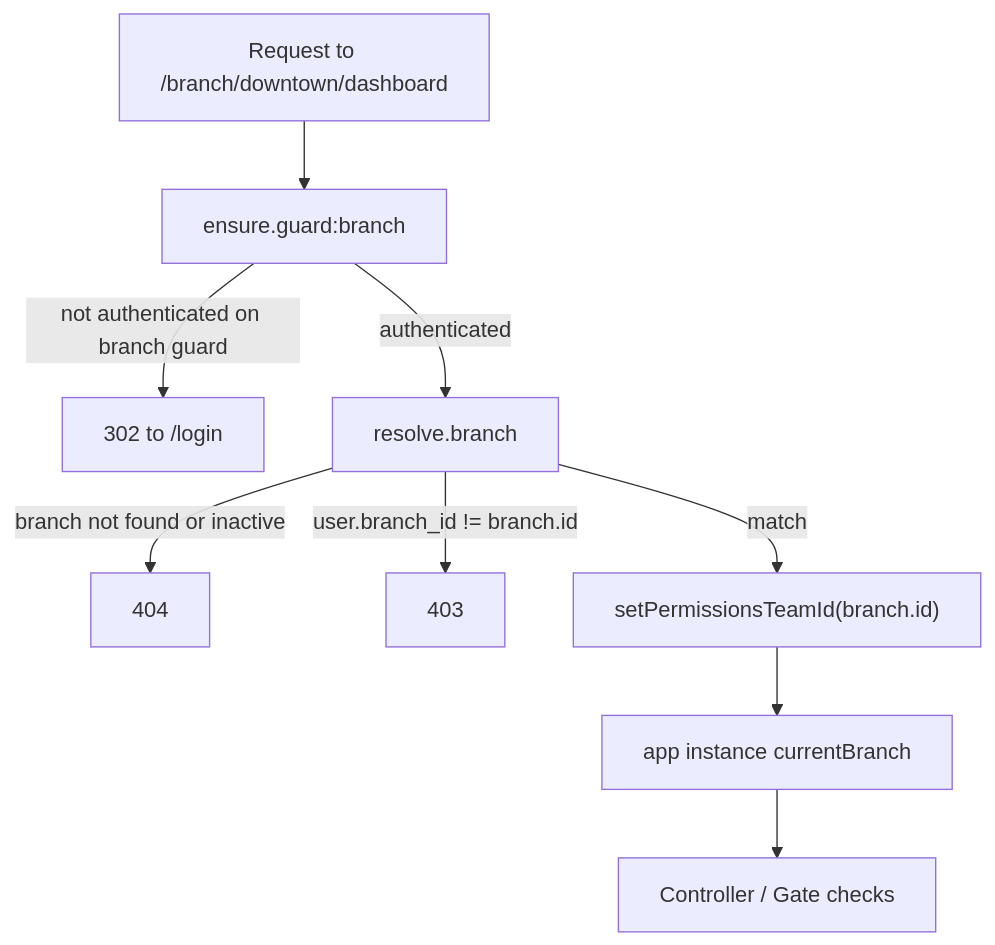
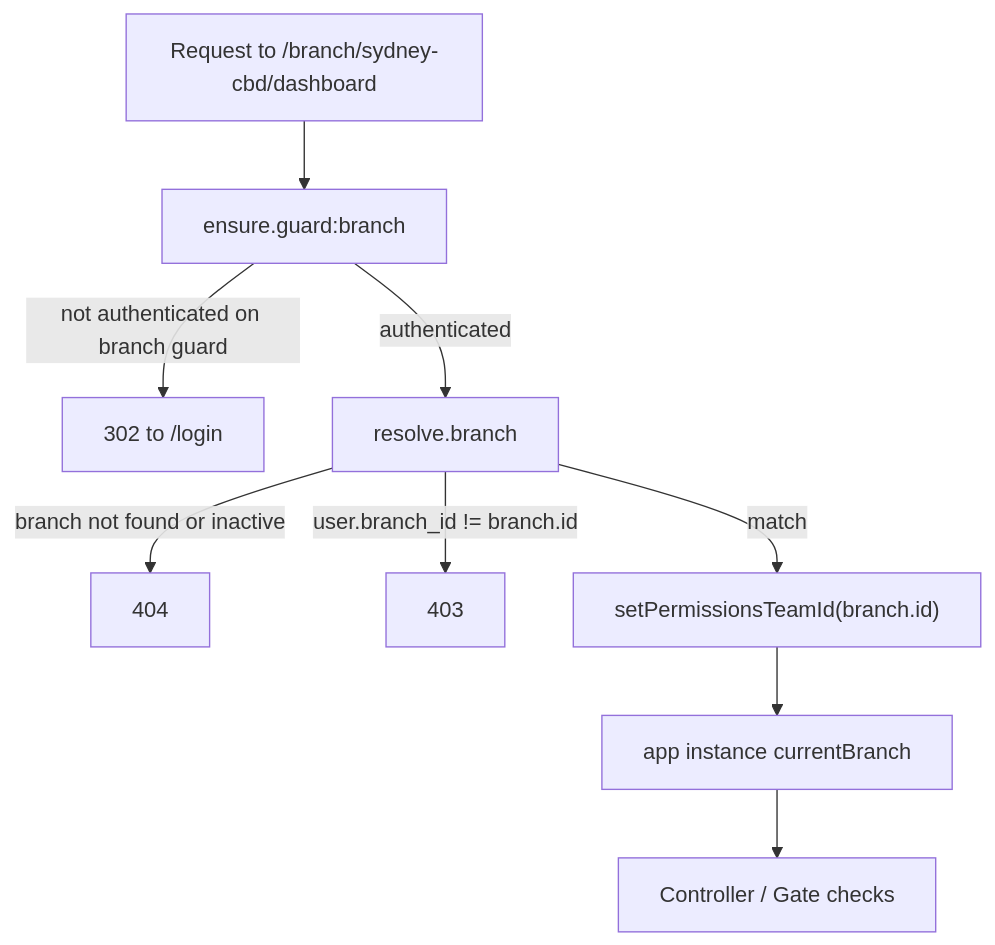
The diagram in docs/middleware-and-tenancy.md (MakTech-Laravel/haidaralta_puffmemate_multi_tenant_e_com), drawn with Mermaid before and after one commit. The commit also changed 46 other files, not shown here.

````diff
--- a/docs/middleware-and-tenancy.md
+++ b/docs/middleware-and-tenancy.md
@@ -106,11 +106,11 @@
 ```mermaid
 flowchart TD
-    Request["Request to /branch/downtown/dashboard"] --> EnsureGuard["ensure.guard:branch"]
+    Request["Request to /branch/sydney-cbd/dashboard"] --> EnsureGuard["ensure.guard:branch"]
     EnsureGuard -->|"not authenticated on branch guard"| Login["302 to /login"]
     EnsureGuard -->|"authenticated"| ResolveBranch["resolve.branch"]
     ResolveBranch -->|"branch not found or inactive"| NotFound["404"]
     ResolveBranch -->|"user.branch_id != branch.id"| Forbidden["403"]
     ResolveBranch -->|"match"| SetTeam["setPermissionsTeamId(branch.id)"]
     SetTeam --> Bind["app instance currentBranch"]
     Bind --> Controller["Controller / Gate checks"]
 ```
````
